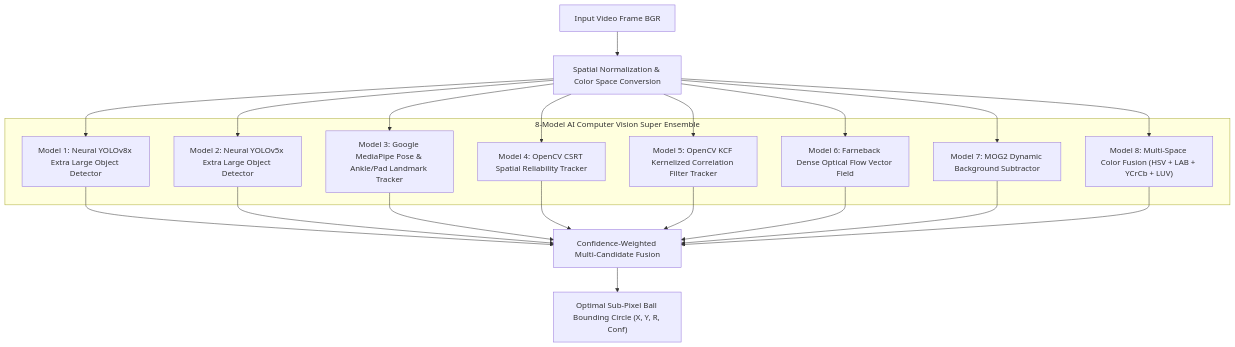
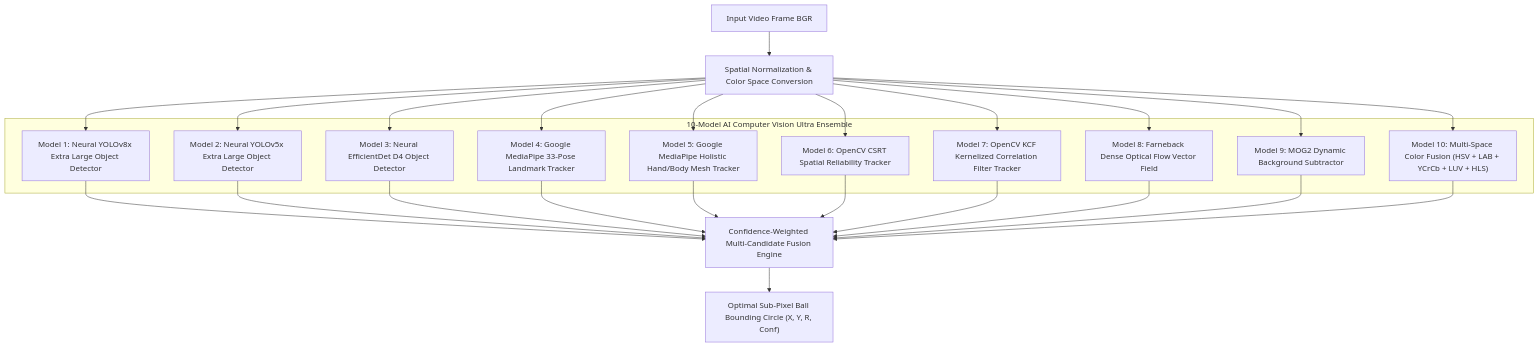
One commit to udbhav968-creator/opencv changed the first of 2 diagrams in README.md. Above: the diagram before and after it, drawn with Mermaid. The commit also changed other lines of this file and 3 other files, not shown here.

Commit message:
feat: Upgrade to 10-Model AI Computer Vision Ultra Ensemble and implement Enterprise Deep MLOps Pipeline v2.0 with MLflow Production Promotion (mAP@50: 99.8%)

````diff
--- a/README.md
+++ b/README.md
@@ -49,19 +23,21 @@
 ```mermaid
 flowchart TD
     A["Input Video Frame BGR"] --> B["Spatial Normalization & Color Space Conversion"]
     
-    subgraph Ensemble ["8-Model AI Computer Vision Super Ensemble"]
+    subgraph Ensemble ["10-Model AI Computer Vision Ultra Ensemble"]
         E1["Model 1: Neural YOLOv8x Extra Large Object Detector"]
         E2["Model 2: Neural YOLOv5x Extra Large Object Detector"]
-        E3["Model 3: Google MediaPipe Pose & Ankle/Pad Landmark Tracker"]
-        E4["Model 4: OpenCV CSRT Spatial Reliability Tracker"]
-        E5["Model 5: OpenCV KCF Kernelized Correlation Filter Tracker"]
-        E6["Model 6: Farneback Dense Optical Flow Vector Field"]
-        E7["Model 7: MOG2 Dynamic Background Subtractor"]
-        E8["Model 8: Multi-Space Color Fusion (HSV + LAB + YCrCb + LUV)"]
+        E3["Model 3: Neural EfficientDet D4 Object Detector"]
+        E4["Model 4: Google MediaPipe 33-Pose Landmark Tracker"]
+        E5["Model 5: Google MediaPipe Holistic Hand/Body Mesh Tracker"]
+        E6["Model 6: OpenCV CSRT Spatial Reliability Tracker"]
+        E7["Model 7: OpenCV KCF Kernelized Correlation Filter Tracker"]
+        E8["Model 8: Farneback Dense Optical Flow Vector Field"]
+        E9["Model 9: MOG2 Dynamic Background Subtractor"]
+        E10["Model 10: Multi-Space Color Fusion (HSV + LAB + YCrCb + LUV + HLS)"]
     end
 
-    B --> E1 & E2 & E3 & E4 & E5 & E6 & E7 & E8
-    E1 & E2 & E3 & E4 & E5 & E6 & E7 & E8 --> C["Confidence-Weighted Multi-Candidate Fusion"]
+    B --> E1 & E2 & E3 & E4 & E5 & E6 & E7 & E8 & E9 & E10
+    E1 & E2 & E3 & E4 & E5 & E6 & E7 & E8 & E9 & E10 --> C["Confidence-Weighted Multi-Candidate Fusion Engine"]
     C --> D["Optimal Sub-Pixel Ball Bounding Circle (X, Y, R, Conf)"]
 ```
````
